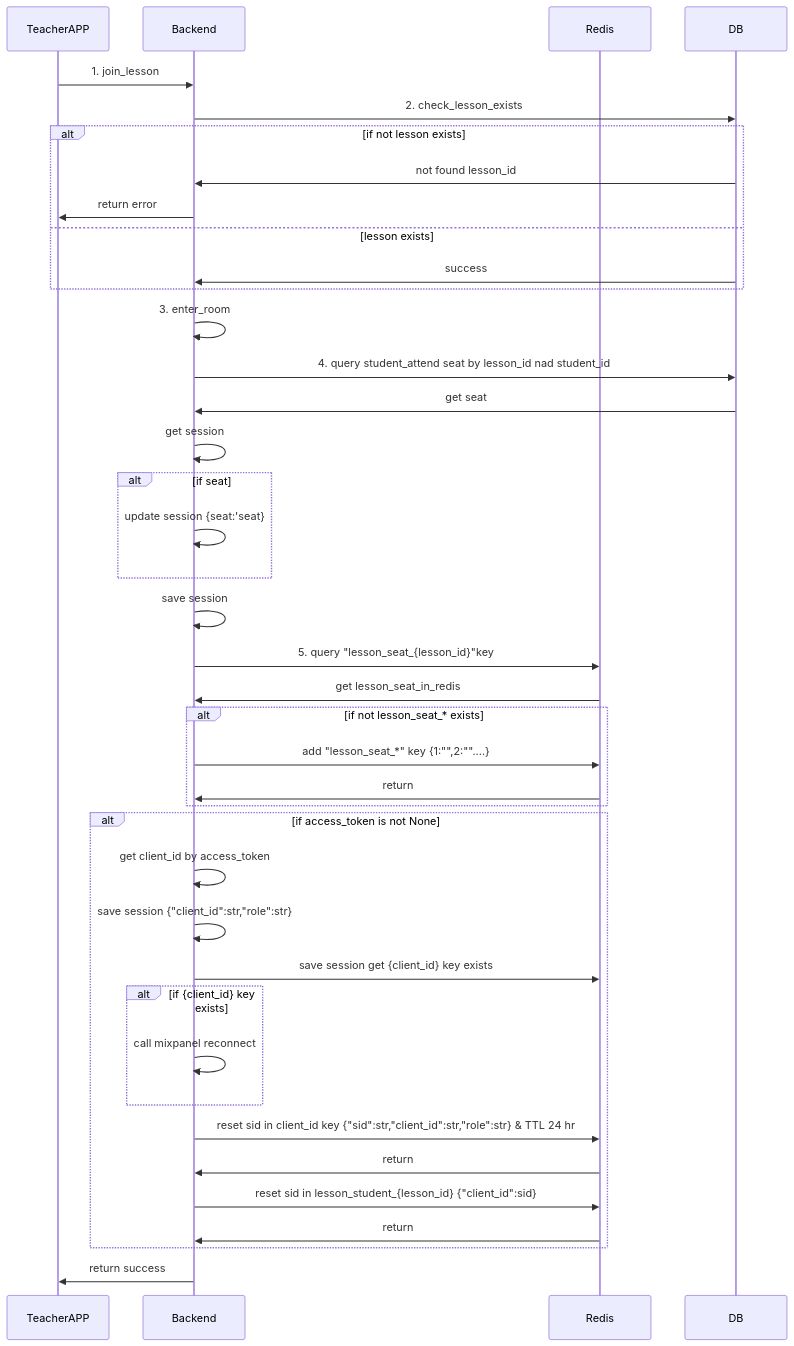
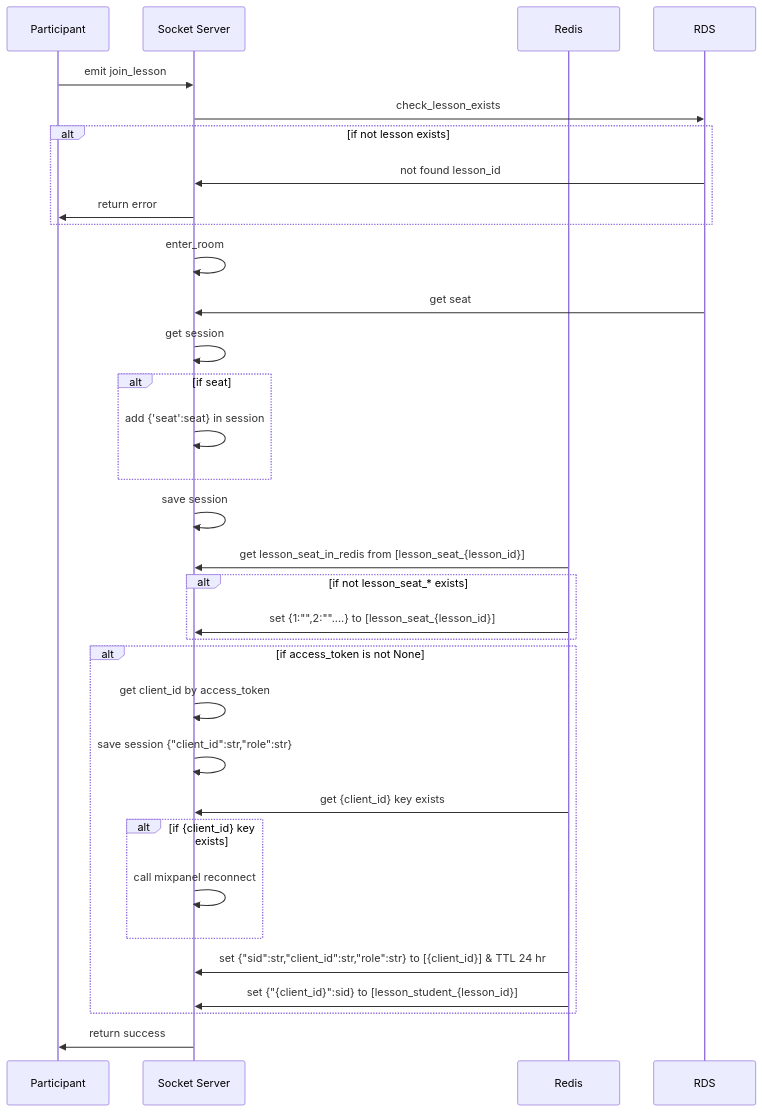
Before and after one commit to claire0613/ocelot_docs: the second of 2 diagrams in socket_event_all/on_join_lesson.md, drawn with Mermaid. The commit also changed other lines of this file and 9 other files, not shown here.

````diff
--- a/socket_event_all/on_join_lesson.md
+++ b/socket_event_all/on_join_lesson.md
@@ -98,47 +85,38 @@
-      ```mermaid
-      sequenceDiagram
+    ```mermaid
+    sequenceDiagram
 
-          participant A as TeacherAPP
-          participant B as Backend
-          participant R as Redis
-          participant D as DB
+        participant A as Participant
+        participant B as Socket Server
+        participant R as Redis
+        participant D as RDS
 
-          A->>B: 1. join_lesson
-          B->>D: 2. check_lesson_exists
-          alt if not lesson exists
-            D->>B: not found lesson_id
-            B->>A: return error
-          else lesson exists
-             D->>B: success
-
-          end
-          B->>B: 3. enter_room
-          B->>D: 4. query student_attend seat by lesson_id nad student_id
-          D->>B : get seat
-          B->>B : get session
-          alt if seat
-              B->>B: update session {seat:'seat}
-          end
-          B->>B: save session
-          B->>R: 5. query "lesson_seat_{lesson_id}"key
-          R->>B : get lesson_seat_in_redis
-          alt if not lesson_seat_* exists
-              B->>R: add "lesson_seat_*" key  {1:"",2:""....}
-              R->>B: return
-          end
-          alt if access_token is not None
-              B->>B: get client_id by access_token
-              B->>B: save session {"client_id":str,"role":str}
-              B->>R: save session get {client_id} key exists
+        A->>B: emit join_lesson
+        B->>D: check_lesson_exists
+        alt if not lesson exists
+          D->>B: not found lesson_id
+          B->>A: return error
+        end
+        B->>B: enter_room
+        D->>B : get seat
+        B->>B : get session
+        alt if seat
+            B->>B: add {'seat':seat} in session
+        end
+        B->>B: save session
+        R->>B: get lesson_seat_in_redis from [lesson_seat_{lesson_id}]
+        alt if not lesson_seat_* exists
+            R->>B: set  {1:"",2:""....} to [lesson_seat_{lesson_id}]
+        end
+        alt if access_token is not None
+            B->>B: get client_id by access_token
+            B->>B: save session {"client_id":str,"role":str}
+            R->>B:  get {client_id} key exists
             alt if {client_id} key exists
                 B->>B: call mixpanel reconnect
             end
-            B->>R: reset sid in  client_id key {"sid":str,"client_id":str,"role":str} & TTL 24 hr
-            R->>B: return
-            B->>R: reset sid in lesson_student_{lesson_id}  {"client_id":sid}
-            R->>B: return
-          end
+          R->>B: set {"sid":str,"client_id":str,"role":str} to [{client_id}] & TTL 24 hr
+          R->>B: set {"{client_id}":sid} to [lesson_student_{lesson_id}]
+        end
+        B->>A: return success
 
-          B->>A: return success
-
-      ```
+    ```
````
